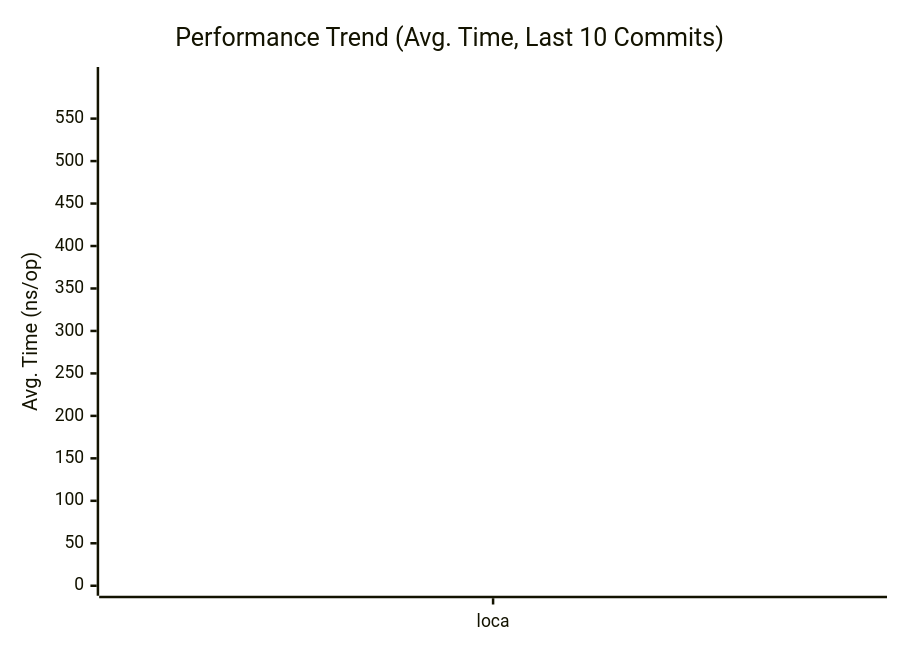
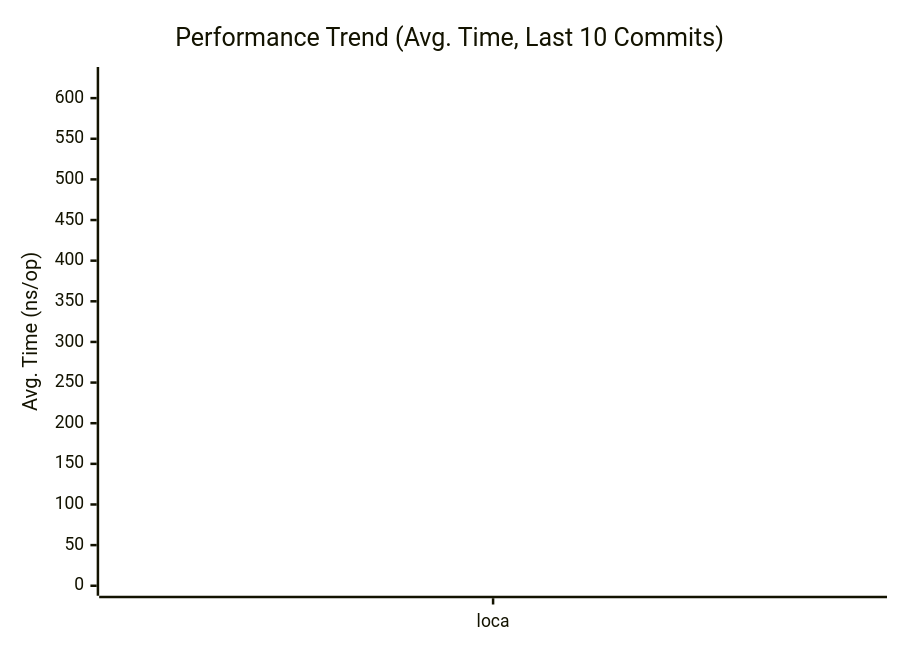
The first of 3 diagrams in docs/PERFORMANCE.md (alsotoes/momo), drawn with Mermaid before and after one commit. The commit also changed other lines of this file and 12 other files, not shown here.

````diff
--- a/docs/PERFORMANCE.md
+++ b/docs/PERFORMANCE.md
@@ -80,16 +80,16 @@
 ```mermaid
 xychart-beta
     title "Performance Trend (Avg. Time, Last 10 Commits)"
     x-axis "Commit"
     y-axis "Avg. Time (ns/op)"
     x-axis [loca]
-    line "CheckMetricsAndSwap" [6,7,7,6,8,6,11,11,18,16]
-    line "CrushOptimized" [245,263,280,255,293,317,357,362,407,570]
-    line "CrushOriginal" [368,359,367,362,401,371,438,495,670,738]
-    line "IndexDirectTracking" [0,0,0,0,0,0,0,0,1,1]
-    line "IndexSearch" [3,3,3,3,3,3,4,4,4,4]
-    line "LoadGlobalConfig" [599,626,637,616,649,706,826,900,1991,1644]
-    line "PadString" [2,2,2,2,2,2,2,3,3,4]
+    line "CheckMetricsAndSwap" [7,7,6,8,6,11,11,18,16,9]
+    line "CrushOptimized" [263,280,255,293,317,357,362,407,570,386]
+    line "CrushOriginal" [359,367,362,401,371,438,495,670,738,532]
+    line "IndexDirectTracking" [0,0,0,0,0,0,0,1,1,0]
+    line "IndexSearch" [3,3,3,3,3,4,4,4,4,3]
+    line "LoadGlobalConfig" [626,637,616,649,706,826,900,1991,1644,936]
+    line "PadString" [2,2,2,2,2,2,3,3,4,2]
     line "ParseReplicationOrder_NoPrealloc" [350,349,357,354,345,225,229,165,232,234]
     line "ParseReplicationOrder_Prealloc" [229,231,237,234,229,108,107,80,110,109]
 ```
````
